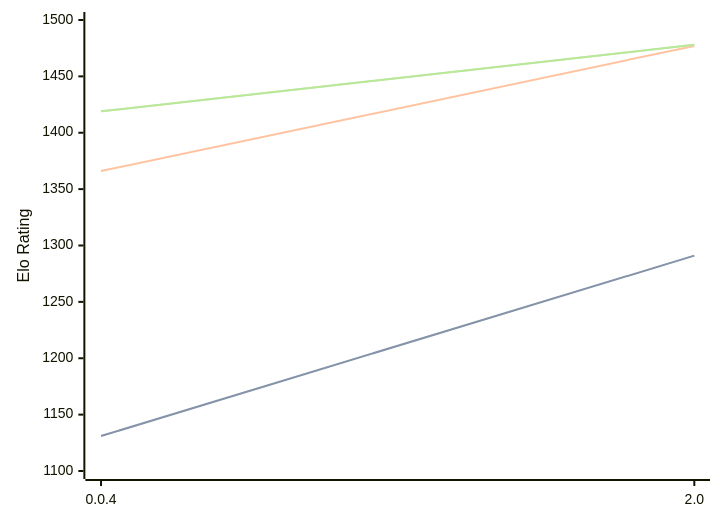
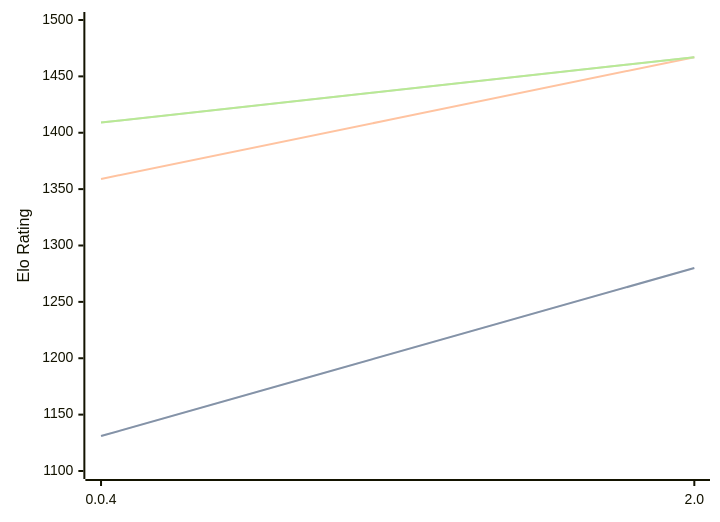
The diagram in engines/Oops!Mate.md (computer-chess-index/cci), drawn with Mermaid before and after one commit. The commit also changed other lines of this file, not shown here.

Commit message:
Update CCI Ratings (ELO VLTC) - 2026-05-20

````diff
--- a/engines/Oops!Mate.md
+++ b/engines/Oops!Mate.md
@@ -52,11 +52,11 @@
 ```mermaid
 %%{init: {"theme":"base","themeVariables":{"seriesColors:['#a3a3a3','#222221','#faa371']}}}%%
 xychart-beta
   x-axis ["0.0.4", "2.0"]
   y-axis "Elo Rating" 1100 --> 1500
-  line "STC (8.0+0.08s)" [1131, 1291]
-  line "STC (8.0+0.08s)" [1131, 1291]
-  line "LTC (60.0+0.60s)" [1366, 1477]
-  line "VLTC (2m24s+1.12s)" [1419, 1478]
-  line "VLTC (2m24s+1.12s)" [1419, 1478]
+  line "STC (8.0+0.08s)" [1131, 1280]
+  line "STC (8.0+0.08s)" [1131, 1280]
+  line "LTC (60.0+0.60s)" [1359, 1467]
+  line "VLTC (2m24s+1.12s)" [1409, 1467]
+  line "VLTC (2m24s+1.12s)" [1409, 1467]
 ```
````
